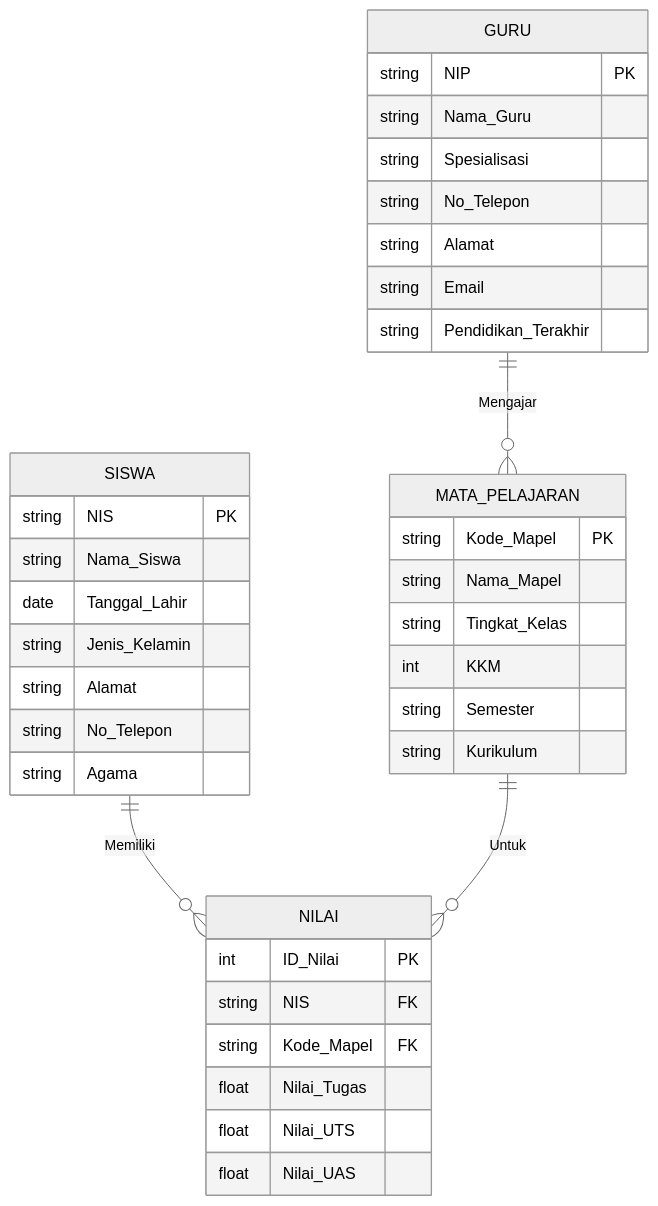
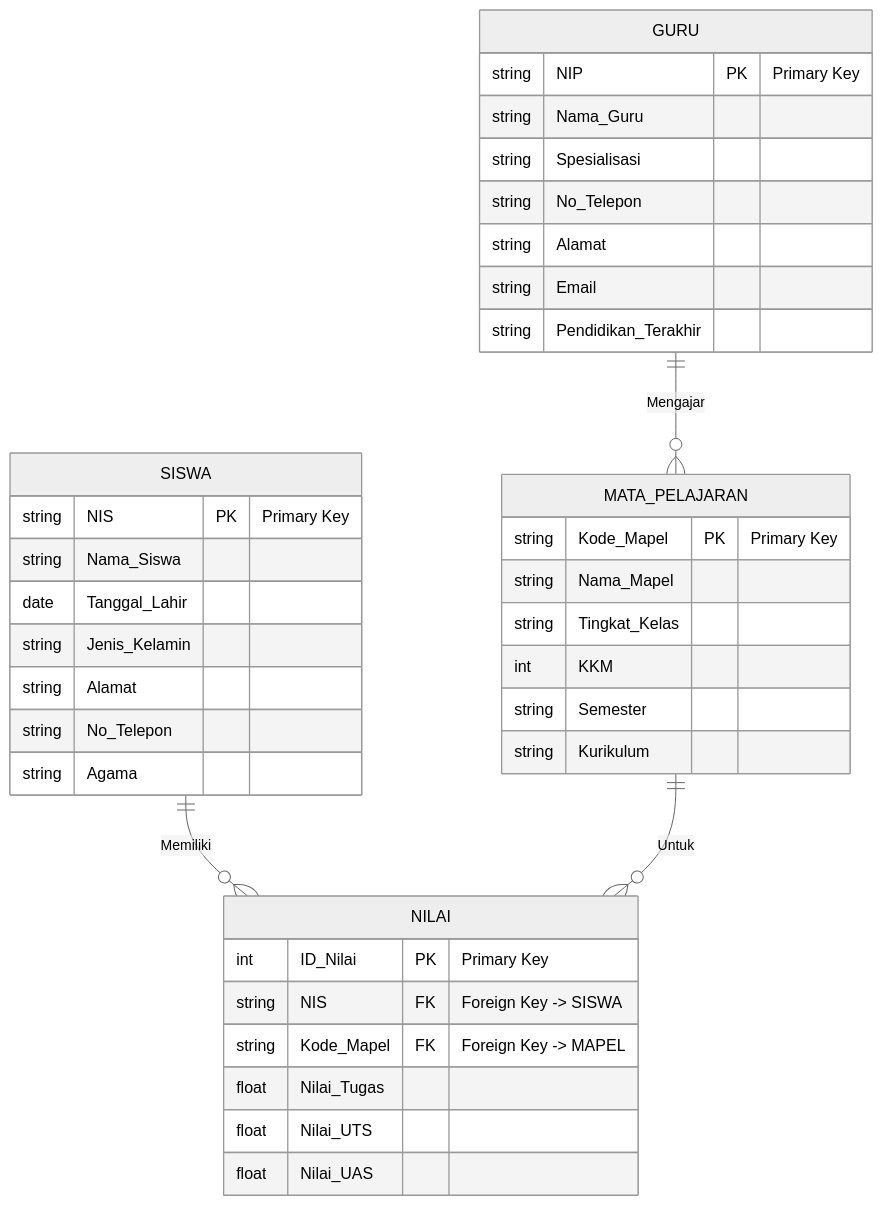
One commit to Aruh1/sias changed the diagram in mermaid/erd_banyak_relasi.md. Above: the diagram before and after it, drawn with Mermaid (neutral theme). The commit also changed other lines of this file and 15 other files, not shown here.

````diff
--- a/mermaid/erd_banyak_relasi.md
+++ b/mermaid/erd_banyak_relasi.md
@@ -3,44 +4,44 @@
 ```mermaid
 erDiagram
     SISWA {
-        string NIS PK
+        string NIS PK "Primary Key"
         string Nama_Siswa
         date Tanggal_Lahir
         string Jenis_Kelamin
         string Alamat
         string No_Telepon
         string Agama
     }
 
     GURU {
-        string NIP PK
+        string NIP PK "Primary Key"
         string Nama_Guru
         string Spesialisasi
         string No_Telepon
         string Alamat
         string Email
         string Pendidikan_Terakhir
     }
 
     MATA_PELAJARAN {
-        string Kode_Mapel PK
+        string Kode_Mapel PK "Primary Key"
         string Nama_Mapel
         string Tingkat_Kelas
         int KKM
         string Semester
         string Kurikulum
     }
 
     NILAI {
-        int ID_Nilai PK
-        string NIS FK
-        string Kode_Mapel FK
+        int ID_Nilai PK "Primary Key"
+        string NIS FK "Foreign Key -> SISWA"
+        string Kode_Mapel FK "Foreign Key -> MAPEL"
         float Nilai_Tugas
         float Nilai_UTS
         float Nilai_UAS
     }
 
     GURU ||--o{ MATA_PELAJARAN : "Mengajar"
     SISWA ||--o{ NILAI : "Memiliki"
     MATA_PELAJARAN ||--o{ NILAI : "Untuk"
 ```
````
